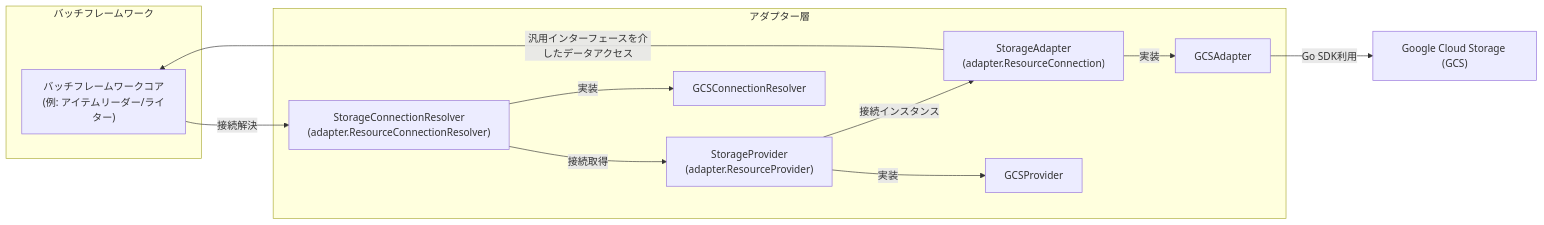
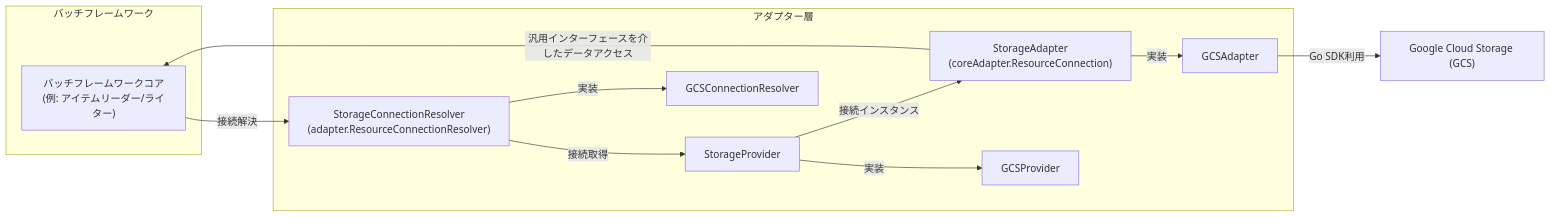
The diagram in docs/strategy/storage_adapter_design.md (tigerroll/surfin), drawn with Mermaid before and after one commit. The commit also changed other lines of this file and 1 other file, not shown here.

Commit message:
fix: doc storage adapter inconsistency.

````diff
--- a/docs/strategy/storage_adapter_design.md
+++ b/docs/strategy/storage_adapter_design.md
@@ -29,26 +29,26 @@
 ```mermaid
 graph LR
     subgraph "バッチフレームワーク"
         A["バッチフレームワークコア<br>(例: アイテムリーダー/ライター)"]
     end
 
     subgraph "アダプター層"
         B1["StorageConnectionResolver<br>(adapter.ResourceConnectionResolver)"]
-        B2["StorageProvider<br>(adapter.ResourceProvider)"]
-        B3["StorageAdapter<br>(adapter.ResourceConnection)"]
+        B2["StorageProvider"]
+        B3["StorageAdapter<br>(coreAdapter.ResourceConnection)"]
         C1["GCSConnectionResolver"]
         C2["GCSProvider"]
         C3["GCSAdapter"]
     end
 
     D["Google Cloud Storage (GCS)"]
 
     A -- "接続解決" --> B1
     B1 -- "接続取得" --> B2
     B2 -- "接続インスタンス" --> B3
     B1 -- "実装" --> C1
     B2 -- "実装" --> C2
     B3 -- "汎用インターフェースを介したデータアクセス" --> A
     B3 -- "実装" --> C3
     C3 -- "Go SDK利用" --> D
 ```
````
